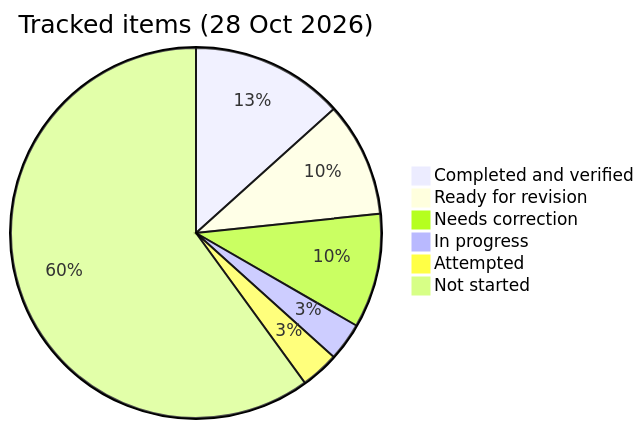
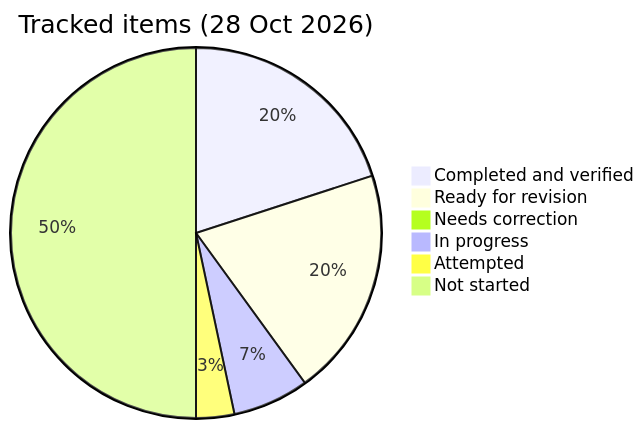
One commit to PrashantSury/java-switch-journey changed the diagram in PROGRESS.md. Above: the diagram before and after it, drawn with Mermaid. The commit also changed other lines of this file and 9 other files, not shown here.

````diff
--- a/PROGRESS.md
+++ b/PROGRESS.md
@@ -120,9 +121,9 @@
 ```mermaid
 pie title Tracked items (28 Oct 2026)
-  "Completed and verified" : 4
-  "Ready for revision" : 3
-  "Needs correction" : 3
-  "In progress" : 1
+  "Completed and verified" : 6
+  "Ready for revision" : 6
+  "Needs correction" : 0
+  "In progress" : 2
   "Attempted" : 1
-  "Not started" : 18
+  "Not started" : 15
 ```
````
